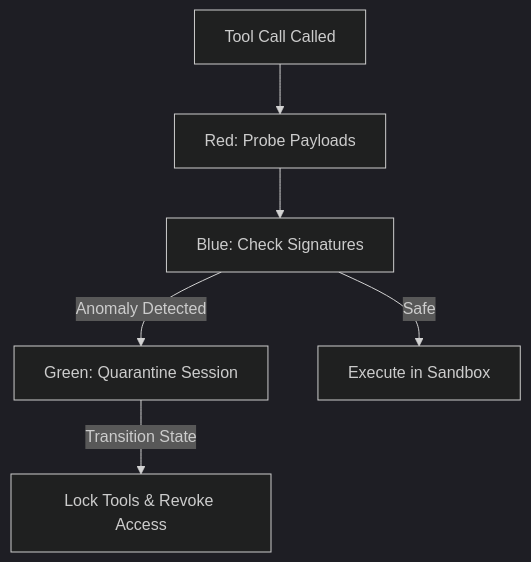
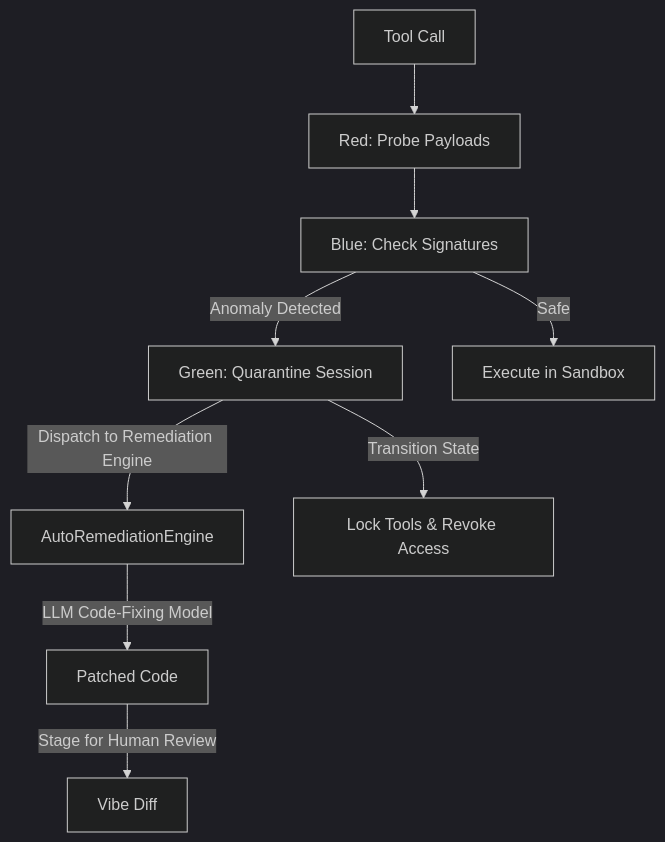
One commit to sougata143/VibeReview changed the third of 4 diagrams in README.md. Above: the diagram before and after it, drawn with Mermaid (dark theme). The commit also changed other lines of this file, not shown here.

Commit message:
docs: update README with Intelligent Model Routing, live L402 Lightning, Autonomous Remediation Feedback Loop, and revised Future Work

````diff
--- a/README.md
+++ b/README.md
@@ -113,8 +113,11 @@
 ```mermaid
 graph TD
-    T[Tool Call Called] --> R[Red: Probe Payloads]
+    T[Tool Call] --> R[Red: Probe Payloads]
     R --> B[Blue: Check Signatures]
     B -->|Anomaly Detected| G[Green: Quarantine Session]
+    G -->|Dispatch to Remediation Engine| RE[AutoRemediationEngine]
+    RE -->|LLM Code-Fixing Model| P[Patched Code]
+    P -->|Stage for Human Review| VD[Vibe Diff]
     G -->|Transition State| Q[Lock Tools & Revoke Access]
     B -->|Safe| E[Execute in Sandbox]
 ```
````
